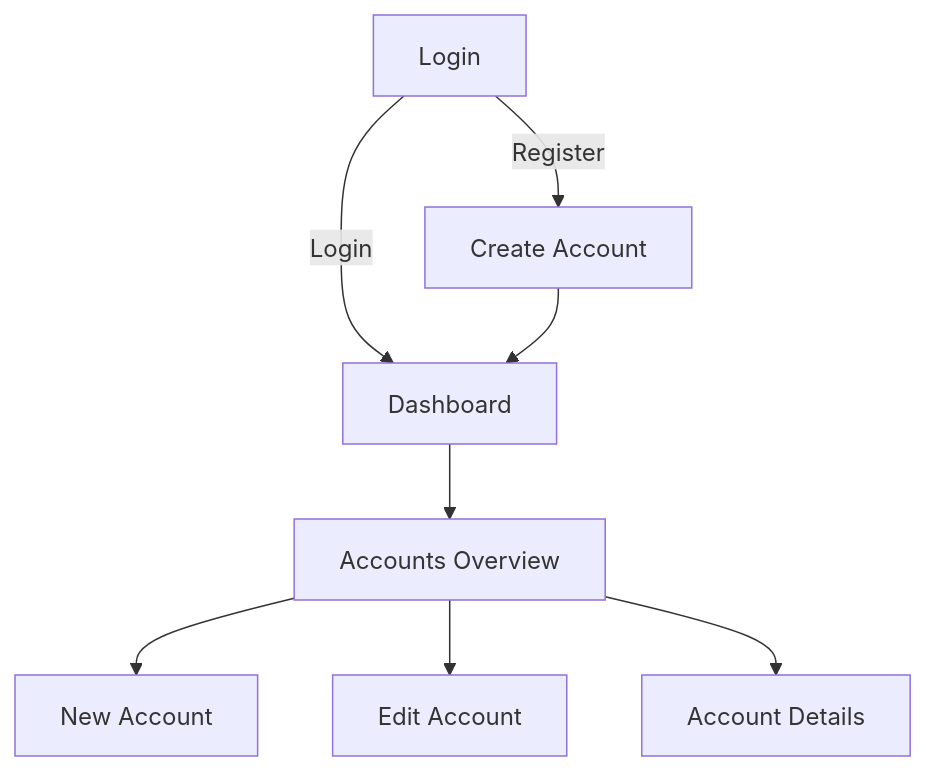
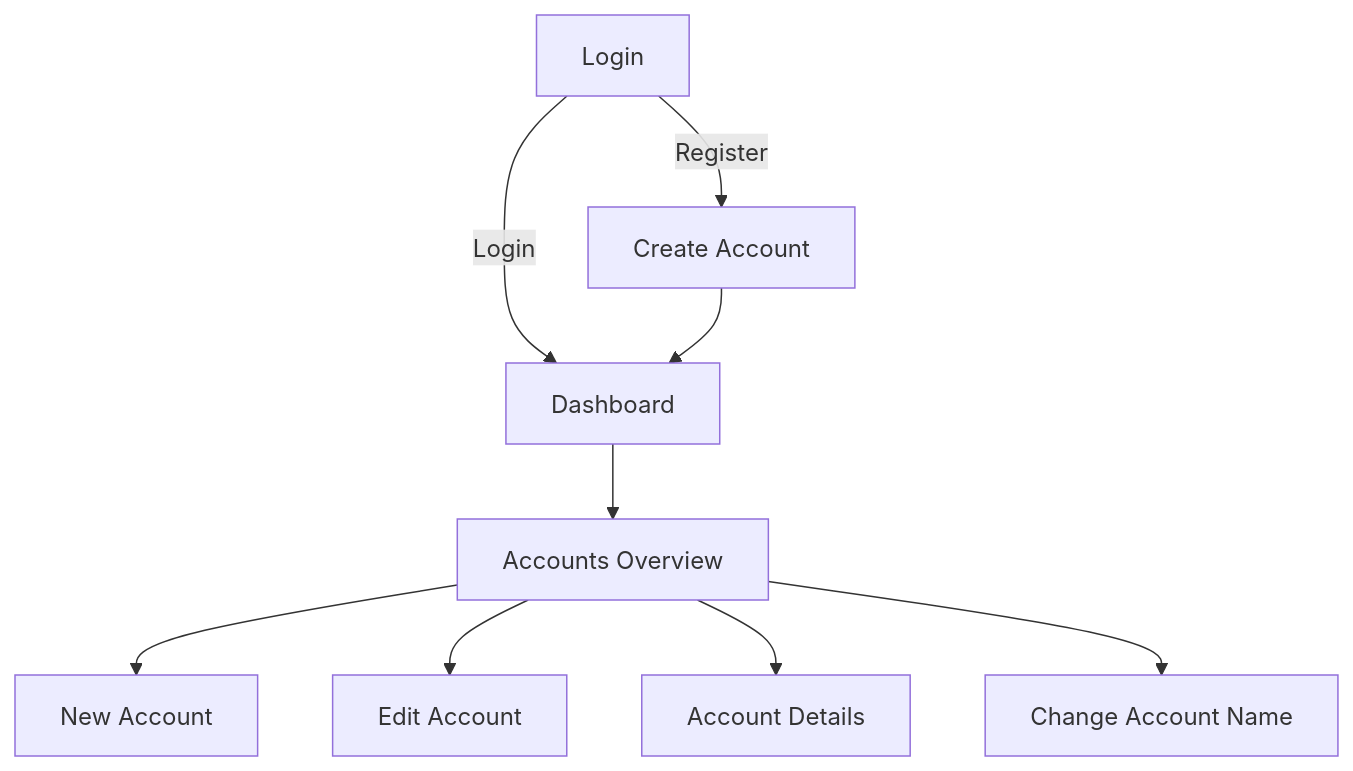
The first of 2 diagrams in dokumentaatio/vaatimusmaarittely.md (matiashei/ot-harjoitustyo), drawn with Mermaid before and after one commit. The commit also changed other lines of this file, not shown here.

Commit message:
Add account name change view to requirements
Added a view for changing account names to the requirements documentation.

````diff
--- a/dokumentaatio/vaatimusmaarittely.md
+++ b/dokumentaatio/vaatimusmaarittely.md
@@ -16,12 +17,13 @@
 ```mermaid
 flowchart TD
 
 A[Login] -->|Login| C[Dashboard]
 A -->|Register| B[Create Account]
 B --> C
 
 C --> D[Accounts Overview]
 D --> E[New Account]
 D --> F[Edit Account]
 D --> G[Account Details]
+D --> H[Change Account Name]
 ```
````
